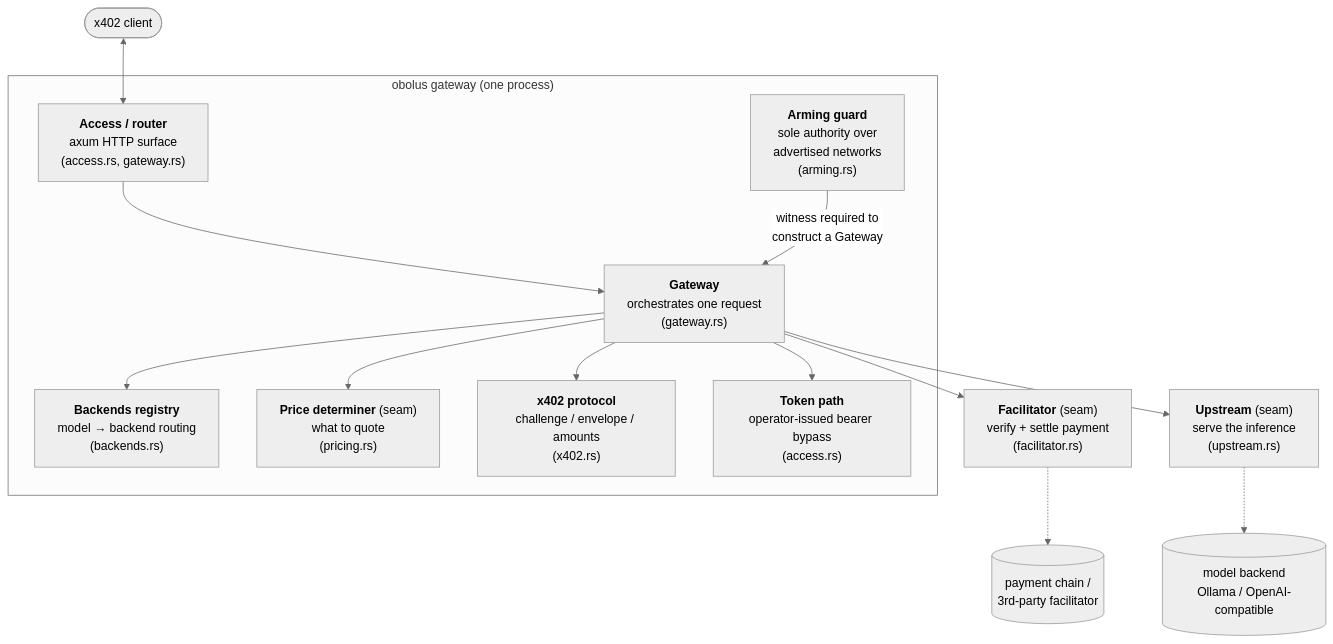
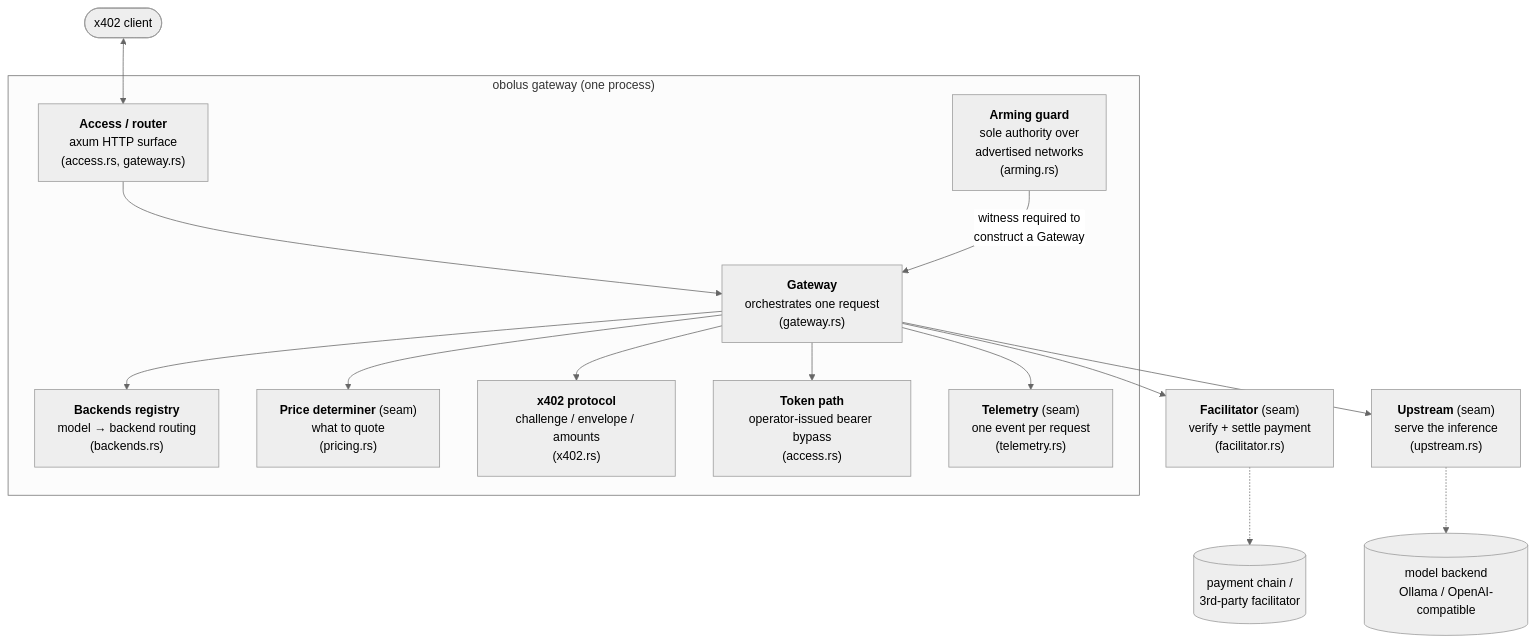
Before and after one commit to geekinasuit/obolus: the second of 5 diagrams in docs/architecture.md, drawn with Mermaid (neutral theme). The commit also changed other lines of this file and 5 other files, not shown here.

First line of the commit message:
Telemetry seam: one event per request with derived cost and revenue (#58) (#69)

````diff
--- a/docs/architecture.md
+++ b/docs/architecture.md
@@ -66,31 +67,33 @@
 ```mermaid
 flowchart TB
   client(["x402 client"])
 
   subgraph obolus["obolus gateway (one process)"]
     router["<b>Access / router</b><br/>axum HTTP surface<br/>(access.rs, gateway.rs)"]
     gateway["<b>Gateway</b><br/>orchestrates one request<br/>(gateway.rs)"]
     arming["<b>Arming guard</b><br/>sole authority over<br/>advertised networks<br/>(arming.rs)"]
     backends["<b>Backends registry</b><br/>model → backend routing<br/>(backends.rs)"]
     pricing["<b>Price determiner</b> (seam)<br/>what to quote<br/>(pricing.rs)"]
     x402["<b>x402 protocol</b><br/>challenge / envelope / amounts<br/>(x402.rs)"]
     token["<b>Token path</b><br/>operator-issued bearer bypass<br/>(access.rs)"]
+    telemetry["<b>Telemetry</b> (seam)<br/>one event per request<br/>(telemetry.rs)"]
   end
 
   facilitator["<b>Facilitator</b> (seam)<br/>verify + settle payment<br/>(facilitator.rs)"]
   upstream["<b>Upstream</b> (seam)<br/>serve the inference<br/>(upstream.rs)"]
   chain[("payment chain /<br/>3rd-party facilitator")]
   model[("model backend<br/>Ollama / OpenAI-compatible")]
 
   client <--> router
   router --> gateway
   gateway --> backends
   gateway --> pricing
   gateway --> x402
   gateway --> token
+  gateway --> telemetry
   arming -->|"witness required to<br/>construct a Gateway"| gateway
   gateway --> facilitator
   gateway --> upstream
   facilitator -.-> chain
   upstream -.-> model
 ```
````
